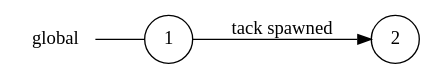
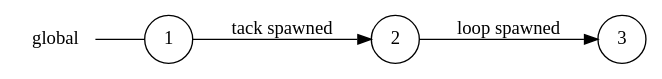
Before and after one commit to gabrielegenovese/chorer: the diagram in out/tick_global_view.dot, drawn with Graphviz. The commit also changed 20 other files, not shown here.

```diff
--- a/out/tick_global_view.dot
+++ b/out/tick_global_view.dot
@@ -1,9 +1,11 @@
 digraph global {
 	rankdir="LR";
 	n_0 [label="global", shape="plaintext"];
 	n_1 [id="1", shape=circle, label="1"];
 	n_0 -> n_1 [arrowhead=none];
 	n_2 [id="2", shape=circle, label="2"];
+	n_3 [id="3", shape=circle, label="3"];
 
 	n_1 -> n_2 [id="[$e|0]", label="tack spawned"];
+	n_2 -> n_3 [id="[$e|1]", label="loop spawned"];
 }
```
